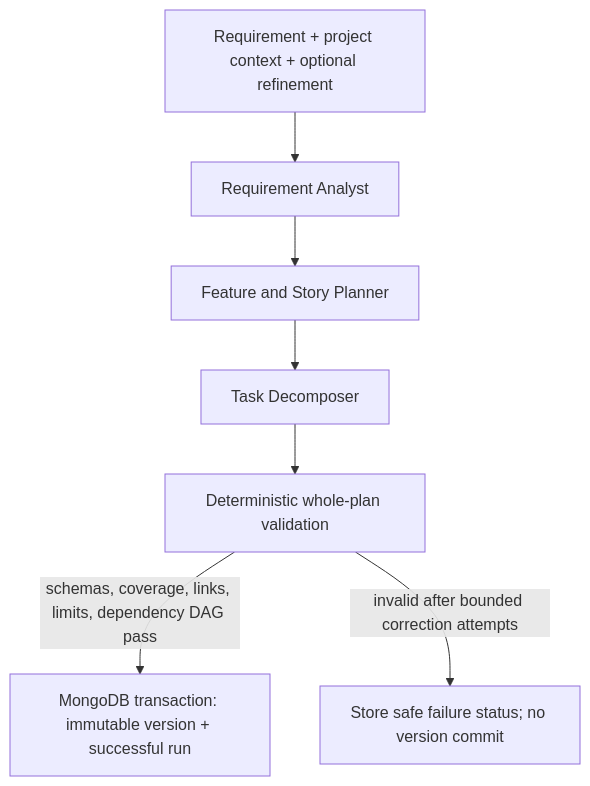
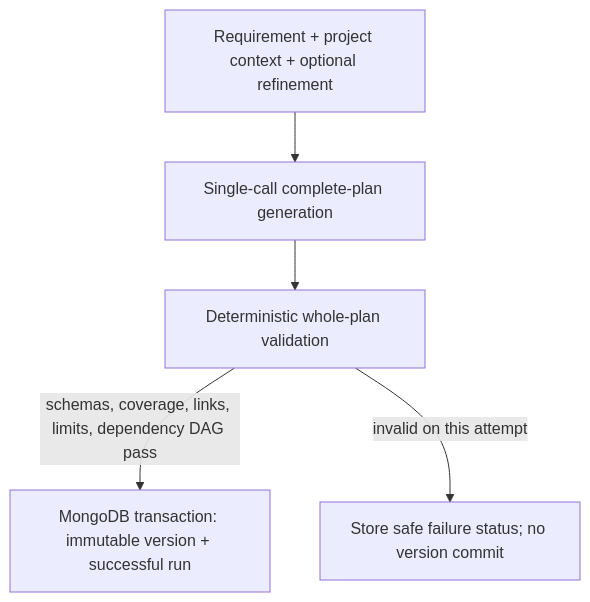
Before and after one commit to MuhammadSalman-abc/Agentic-AI-Salman: the third of 4 diagrams in architecture/10-frontend-backend-system-flow.md, drawn with Mermaid. The commit also changed other lines of this file and 78 other files, not shown here.

````diff
--- a/architecture/10-frontend-backend-system-flow.md
+++ b/architecture/10-frontend-backend-system-flow.md
@@ -95,14 +92,12 @@
 ```mermaid
 flowchart TD
   Input[Requirement + project context + optional refinement]
-  Analyst[Requirement Analyst]
-  Planner[Feature and Story Planner]
-  Decomposer[Task Decomposer]
+  Planner[Single-call complete-plan generation]
   Validate[Deterministic whole-plan validation]
   Persist[MongoDB transaction: immutable version + successful run]
   Fail[Store safe failure status; no version commit]
 
-  Input --> Analyst --> Planner --> Decomposer --> Validate
+  Input --> Planner --> Validate
   Validate -->|schemas, coverage, links, limits, dependency DAG pass| Persist
-  Validate -->|invalid after bounded correction attempts| Fail
+  Validate -->|invalid on this attempt| Fail
 ```
````
